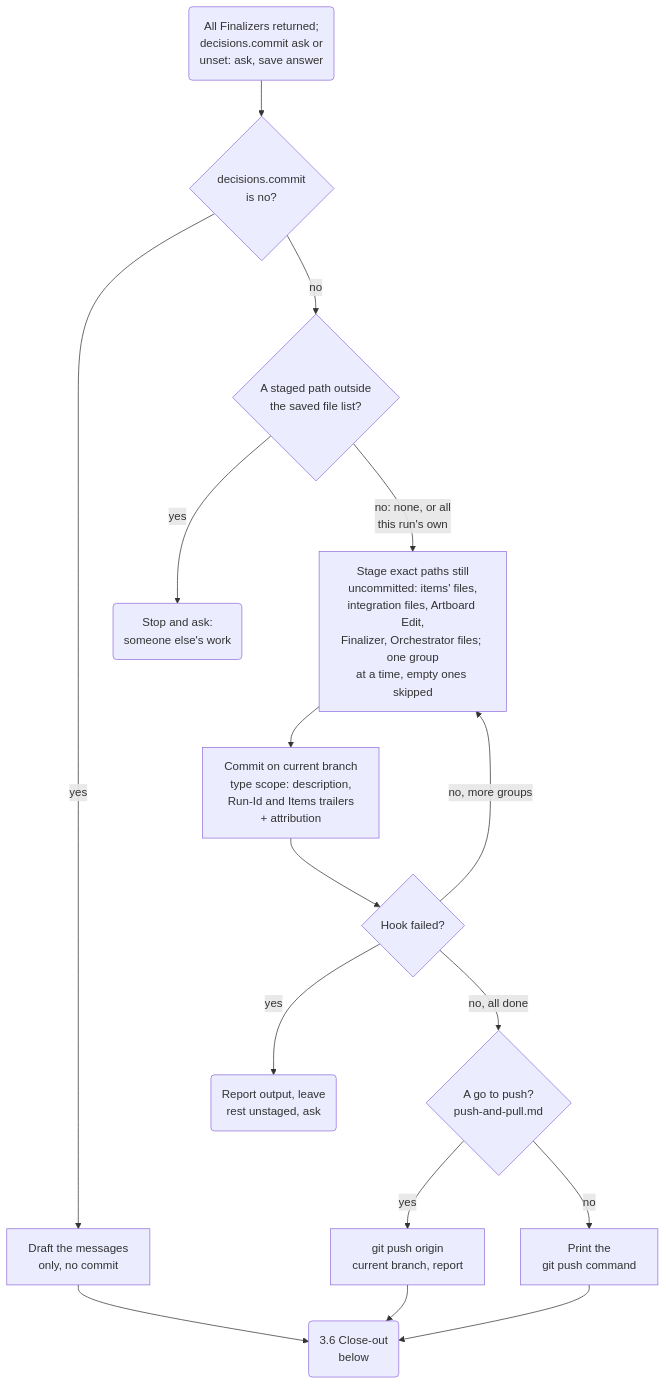
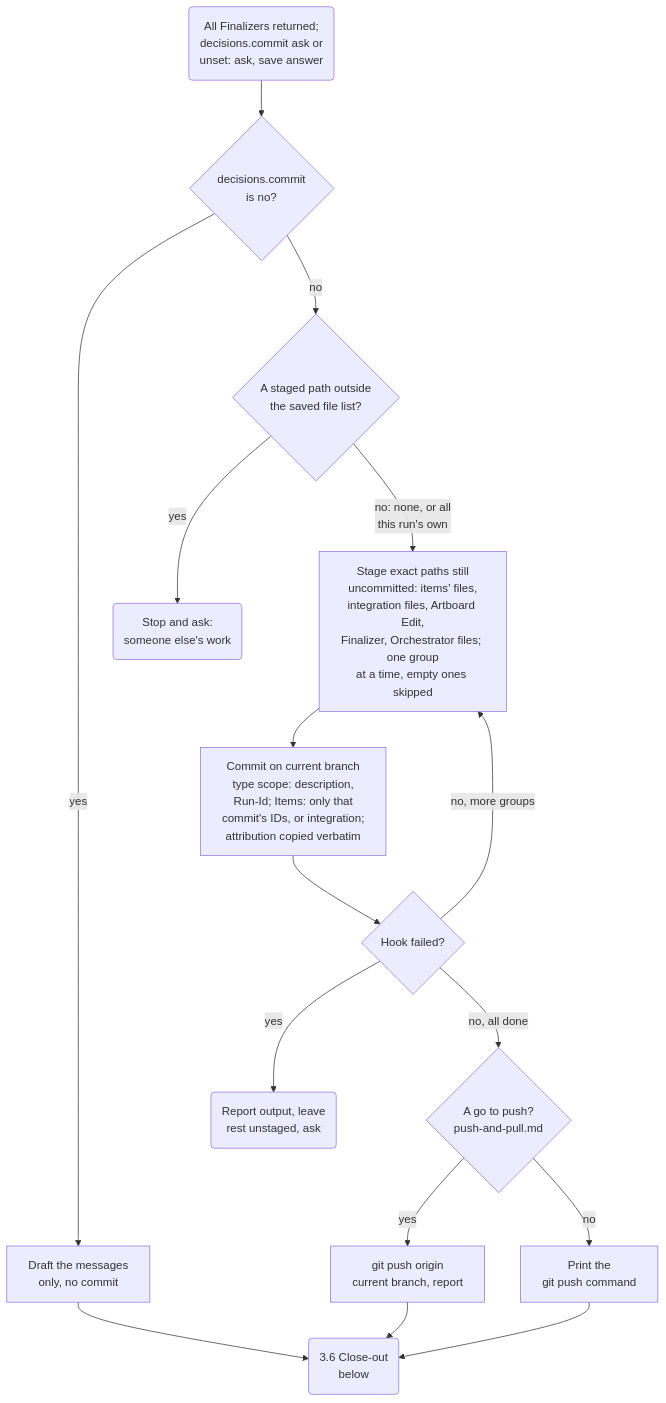
One commit to muhammedalikhan86/claude-stash changed the fourth of 5 diagrams in skills/plugin-orchestrator-development-pattern/mermaid/07-phase3-finalization.md. Above: the diagram before and after it, drawn with Mermaid. The commit also changed other lines of this file and 32 other files, not shown here.

````diff
--- a/skills/plugin-orchestrator-development-pattern/mermaid/07-phase3-finalization.md
+++ b/skills/plugin-orchestrator-development-pattern/mermaid/07-phase3-finalization.md
@@ -64,18 +66,18 @@
 ```mermaid
 flowchart TD
     S0("All Finalizers returned;<br/>decisions.commit ask or<br/>unset: ask, save answer") --> NoC{"decisions.commit<br/>is no?"}
     NoC -->|"yes"| Draft["Draft the messages<br/>only, no commit"]
     NoC -->|"no"| Staged{"A staged path outside<br/>the saved file list?"}
     Staged -->|"yes"| AskS("Stop and ask:<br/>someone else's work")
     Staged -->|"no: none, or all<br/>this run's own"| Stage["Stage exact paths still<br/>uncommitted: items' files,<br/>integration files, Artboard Edit,<br/>Finalizer, Orchestrator files; one group<br/>at a time, empty ones skipped"]
-    Stage --> Cm["Commit on current branch<br/>type scope: description,<br/>Run-Id and Items trailers<br/>+ attribution"]
+    Stage --> Cm["Commit on current branch<br/>type scope: description,<br/>Run-Id; Items: only that<br/>commit's IDs, or integration;<br/>attribution copied verbatim"]
     Cm --> Hook{"Hook failed?"}
     Hook -->|"yes"| AskH("Report output, leave<br/>rest unstaged, ask")
     Hook -->|"no, more groups"| Stage
     Hook -->|"no, all done"| Go{"A go to push?<br/>push-and-pull.md"}
     Go -->|"yes"| Push["git push origin<br/>current branch, report"]
     Go -->|"no"| PrintCmd["Print the<br/>git push command"]
     Draft --> Close
     Push --> Close
     PrintCmd --> Close("3.6 Close-out<br/>below")
 ```
````
